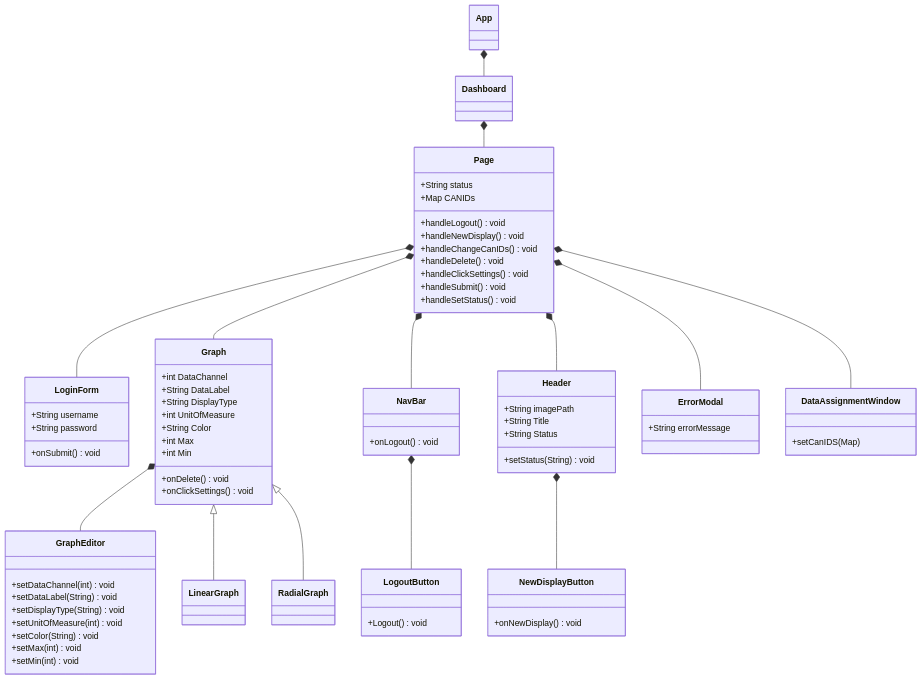
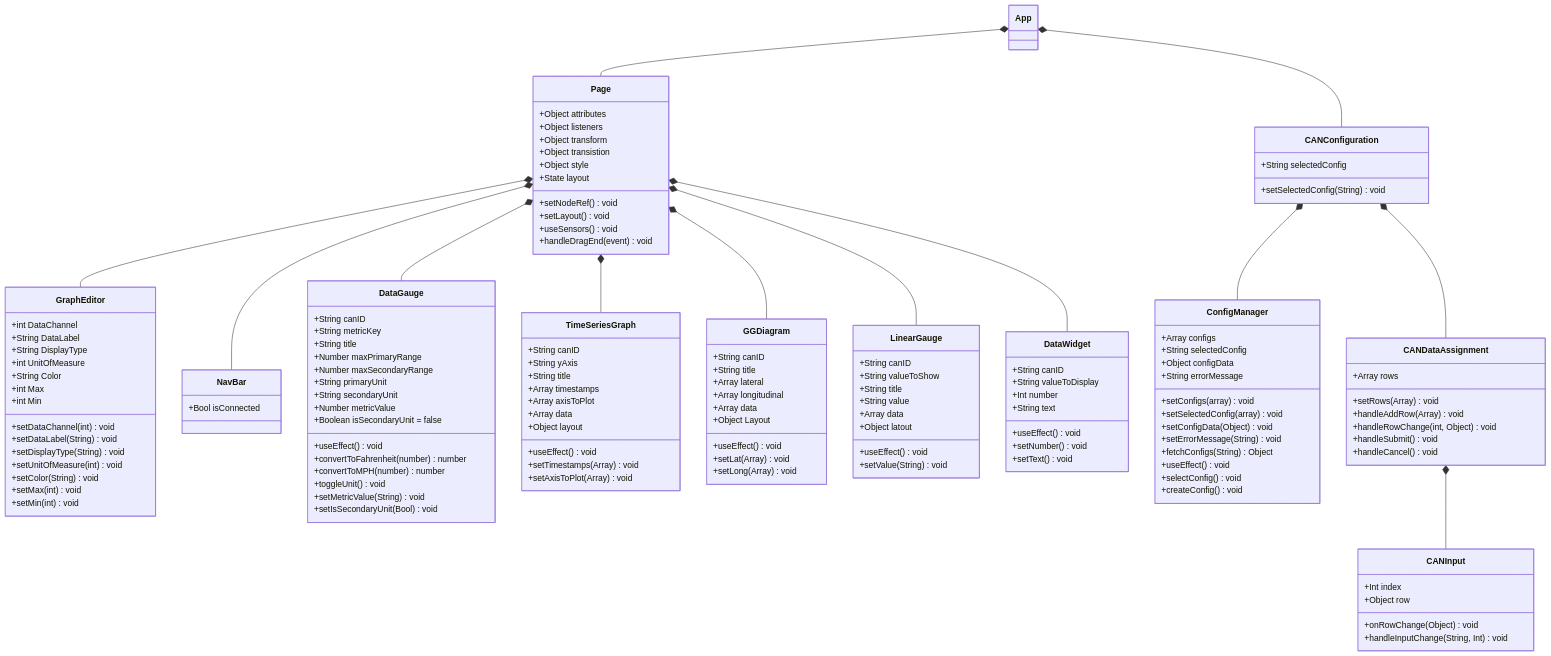
The diagram in documentation/docs/system-architecture/Webpage Design.md (capstone-projects-2024-fall/project-racecar-telemetry), drawn with Mermaid before and after one commit. The commit also changed other lines of this file, not shown here.

Commit message:
Update Front-End UML Diagram

````diff
--- a/documentation/docs/system-architecture/Webpage Design.md
+++ b/documentation/docs/system-architecture/Webpage Design.md
@@ -25,50 +25,106 @@
 ```mermaid
 classDiagram
-App *-- Dashboard
-Dashboard *-- Page
-Page *-- LoginForm
-Page *-- Graph
-Graph *-- GraphEditor
+App *-- Page
+Page *-- GraphEditor
 Page *-- NavBar
-Page *-- Header
-Header *-- NewDisplayButton
-NavBar *-- LogoutButton
-Graph <|-- LinearGraph
-Graph <|-- RadialGraph
-Page *-- ErrorModal
-Page *-- DataAssignmentWindow
+Page *-- DataGauge
+Page *-- TimeSeriesGraph
+Page *-- GGDiagram
+Page *-- LinearGauge
+Page *-- DataWidget
+App *-- CANConfiguration
+CANConfiguration *-- ConfigManager
+CANConfiguration *-- CANDataAssignment
 
 
-ErrorModal: +String errorMessage
-Header: +String imagePath
-Header: +String Title
-Header: +String Status
-Header: +setStatus(String)void
-NewDisplayButton: +onNewDisplay()void
-NavBar: +onLogout()void
-LogoutButton: +Logout()void
-Page: +String status
-Page: +Map CANIDs
-Page: +handleLogout()void
-Page: +handleNewDisplay()void
-Page: +handleChangeCanIDs()void
-Dashboard: 
-LoginForm: +onSubmit()void
-LoginForm: +String username
-LoginForm: +String password
-Graph: +int DataChannel
-Graph: +String DataLabel
-Graph: +String DisplayType
-Graph: +int UnitOfMeasure
-Graph: +String Color
-Graph: +int Max
-Graph: +int Min
-Graph: +onDelete()void
-Graph: +onClickSettings()void
-Page: +handleDelete()void
-Page: +handleClickSettings()void
-Page: +handleSubmit()void
-Page: +handleSetStatus()void
+
+CANDataAssignment *-- CANInput
+
+
+DataGauge: +String canID
+DataGauge: +String metricKey
+DataGauge: +String title
+DataGauge: +Number maxPrimaryRange
+DataGauge: +Number maxSecondaryRange
+DataGauge: +String primaryUnit
+DataGauge: +String secondaryUnit
+DataGauge: +Number metricValue
+DataGauge: +Boolean isSecondaryUnit = false
+DataGauge: +useEffect()void
+DataGauge: +convertToFahrenheit(number)number
+DataGauge: +convertToMPH(number)number
+DataGauge: +toggleUnit()void
+DataGauge: +setMetricValue(String)void
+DataGauge: +setIsSecondaryUnit(Bool)void
+
+TimeSeriesGraph: +String canID
+TimeSeriesGraph: +String yAxis
+TimeSeriesGraph: +String title
+TimeSeriesGraph: +Array timestamps
+TimeSeriesGraph: +Array axisToPlot
+TimeSeriesGraph: +useEffect()void
+TimeSeriesGraph: +Array data
+TimeSeriesGraph: +Object layout
+TimeSeriesGraph: +setTimestamps(Array)void
+TimeSeriesGraph: +setAxisToPlot(Array)void
+
+LinearGauge: +String canID
+LinearGauge: +String valueToShow
+LinearGauge: +String title
+LinearGauge: +String value
+LinearGauge: +useEffect()void
+LinearGauge: +Array data 
+LinearGauge: +Object latout
+LinearGauge: +setValue(String)void
+
+DataWidget: +String canID
+DataWidget: +String valueToDisplay
+DataWidget: +Int number
+DataWidget: +String text
+DataWidget: +useEffect()void
+DataWidget: +setNumber()void
+DataWidget: +setText()void
+
+
+
+
+
+GGDiagram: +String canID
+GGDiagram: +String title
+GGDiagram: +Array lateral
+GGDiagram: +Array longitudinal
+GGDiagram: +useEffect()void
+GGDiagram: +Array data
+GGDiagram: +Object Layout
+GGDiagram: +setLat(Array)void
+GGDiagram: +setLong(Array)void
+
+
+NavBar: +Bool isConnected
+
+Page: +Object attributes
+Page: +Object listeners
+Page: +Object transform
+Page: +Object transistion
+Page: +Object style
+Page: +State layout
+
+Page: +setNodeRef()void
+Page: +setLayout()void
+Page: +useSensors()void
+Page: +handleDragEnd(event)void
+
+
+
+GraphEditor: +int DataChannel
+GraphEditor: +String DataLabel
+GraphEditor: +String DisplayType
+GraphEditor: +int UnitOfMeasure
+GraphEditor: +String Color
+GraphEditor: +int Max
+GraphEditor: +int Min
+
+
 GraphEditor: +setDataChannel(int)void
 GraphEditor: +setDataLabel(String)void
 GraphEditor: +setDisplayType(String)void
@@ -76,7 +132,32 @@
 GraphEditor: +setColor(String)void
 GraphEditor: +setMax(int)void
 GraphEditor: +setMin(int)void
-LinearGraph: 
-RadialGraph: 
-DataAssignmentWindow: +setCanIDS(Map)
+
+CANDataAssignment: +Array rows
+CANDataAssignment: +setRows(Array)void
+CANDataAssignment: +handleAddRow(Array)void
+CANDataAssignment: +handleRowChange(int, Object)void
+CANDataAssignment: +handleSubmit()void
+CANDataAssignment: +handleCancel()void
+
+CANInput: +Int index
+CANInput: +Object row
+CANInput: +onRowChange(Object)void
+CANInput: +handleInputChange(String, Int)void
+
+ConfigManager: +Array configs
+ConfigManager: +setConfigs(array)void
+ConfigManager: +String selectedConfig
+ConfigManager: +setSelectedConfig(array)void
+ConfigManager: +Object configData
+ConfigManager: +setConfigData(Object)void
+ConfigManager: +String errorMessage
+ConfigManager: +setErrorMessage(String)void
+ConfigManager: +fetchConfigs(String)Object
+ConfigManager: +useEffect()void
+ConfigManager: +selectConfig()void
+ConfigManager: +createConfig()void
+
+CANConfiguration: +String selectedConfig
+CANConfiguration: +setSelectedConfig(String)void
 ```
````
